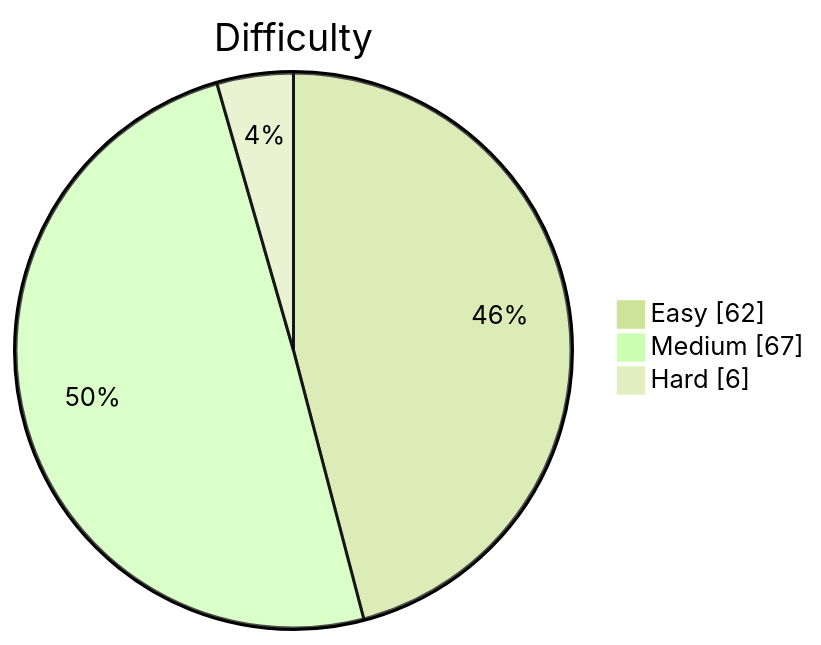
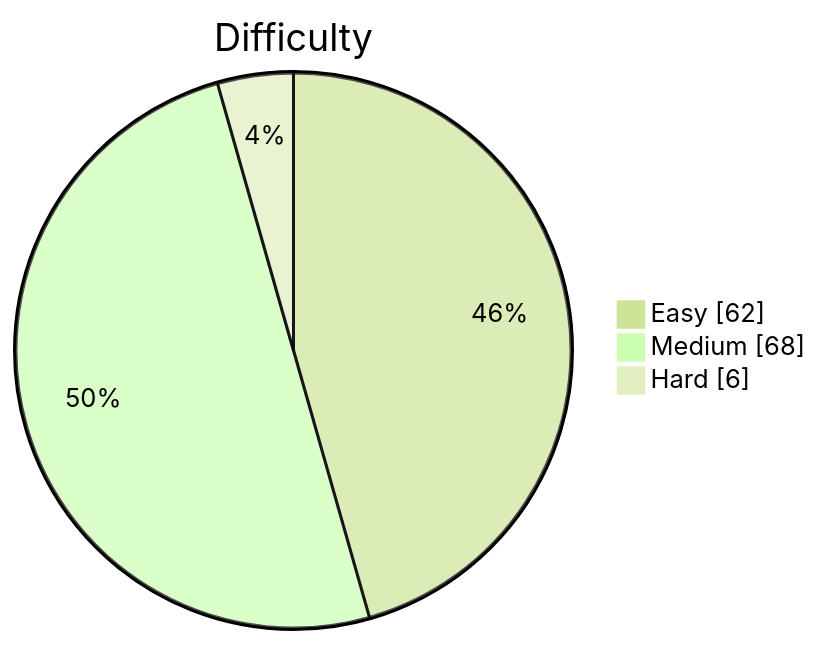
One commit to kevstevie/python-algo-practice changed the diagram in README.md. Above: the diagram before and after it, drawn with Mermaid (forest theme). The commit also changed other lines of this file, not shown here.

````diff
--- a/README.md
+++ b/README.md
@@ -13,7 +13,7 @@
 ```mermaid
 pie showData
     title Difficulty
     "Easy"   : 62
-    "Medium" : 67
+    "Medium" : 68
     "Hard"   : 6
 ```
````
